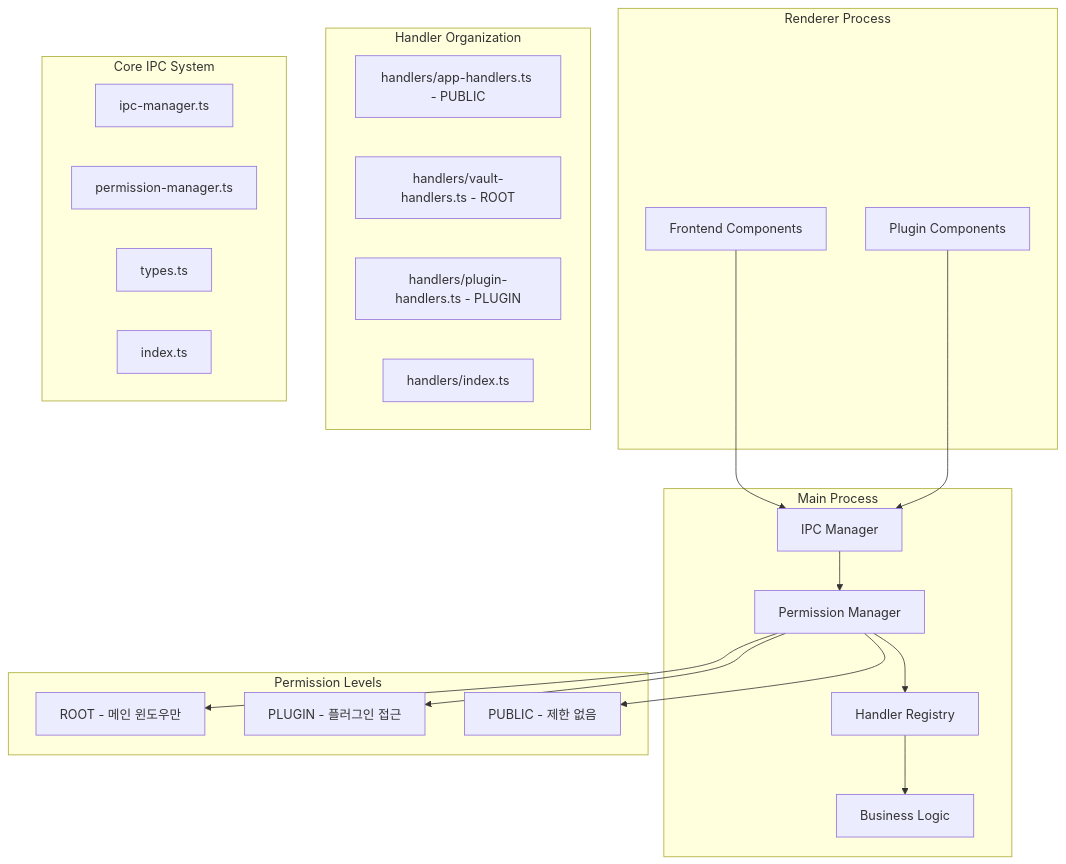
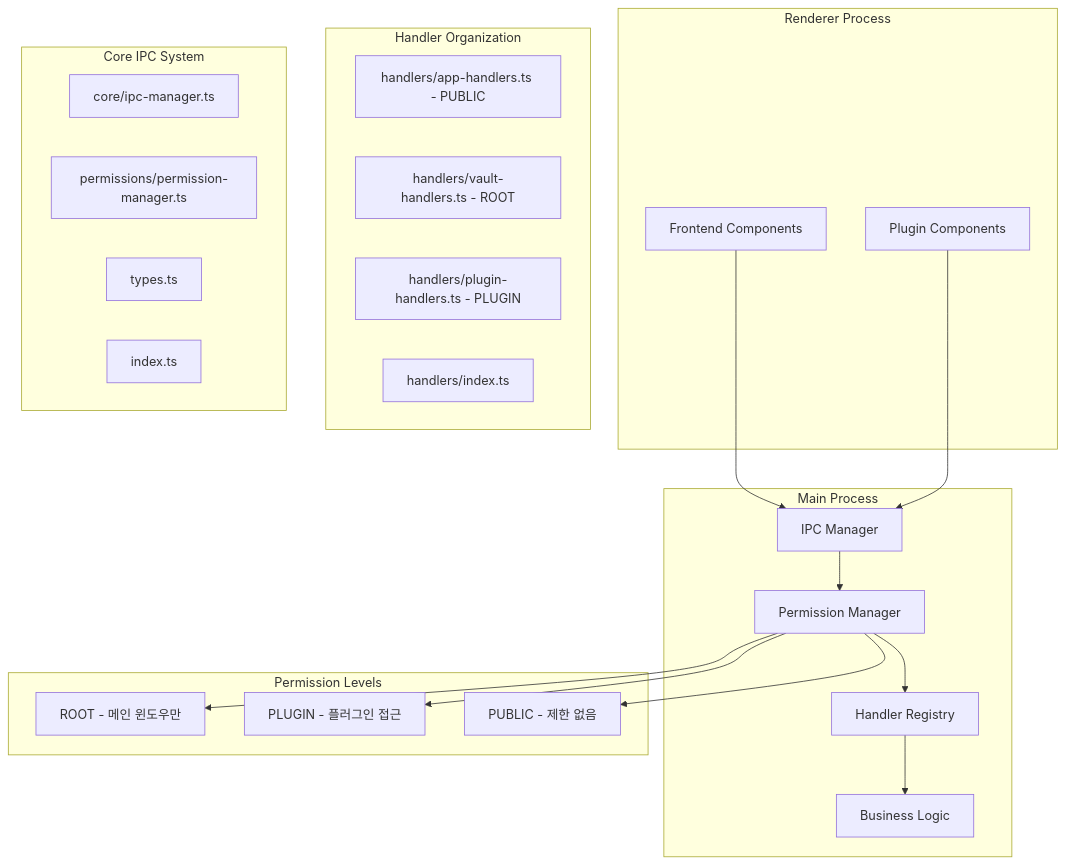
Before and after one commit to yish0/not.e: the first of 4 diagrams in electron/main/ipc/README.md, drawn with Mermaid. The commit also changed 5 other files, not shown here.

````diff
--- a/electron/main/ipc/README.md
+++ b/electron/main/ipc/README.md
@@ -7,44 +7,44 @@
 ```mermaid
 graph TB
     subgraph "Renderer Process"
         A[Frontend Components]
         B[Plugin Components]
     end
 
     subgraph "Main Process"
         C[IPC Manager]
         D[Permission Manager]
         E[Handler Registry]
         F[Business Logic]
     end
 
     A --> C
     B --> C
     C --> D
     D --> E
     E --> F
 
     subgraph "Permission Levels"
         G[ROOT - 메인 윈도우만]
         H[PLUGIN - 플러그인 접근]
         I[PUBLIC - 제한 없음]
     end
 
     D --> G
     D --> H
     D --> I
 
     subgraph "Handler Organization"
         J[handlers/app-handlers.ts - PUBLIC]
         K[handlers/vault-handlers.ts - ROOT]
         L[handlers/plugin-handlers.ts - PLUGIN]
         M[handlers/index.ts]
     end
 
     subgraph "Core IPC System"
-        N[ipc-manager.ts]
-        O[permission-manager.ts]
+        N[core/ipc-manager.ts]
+        O[permissions/permission-manager.ts]
         P[types.ts]
         Q[index.ts]
     end
 ```
````
